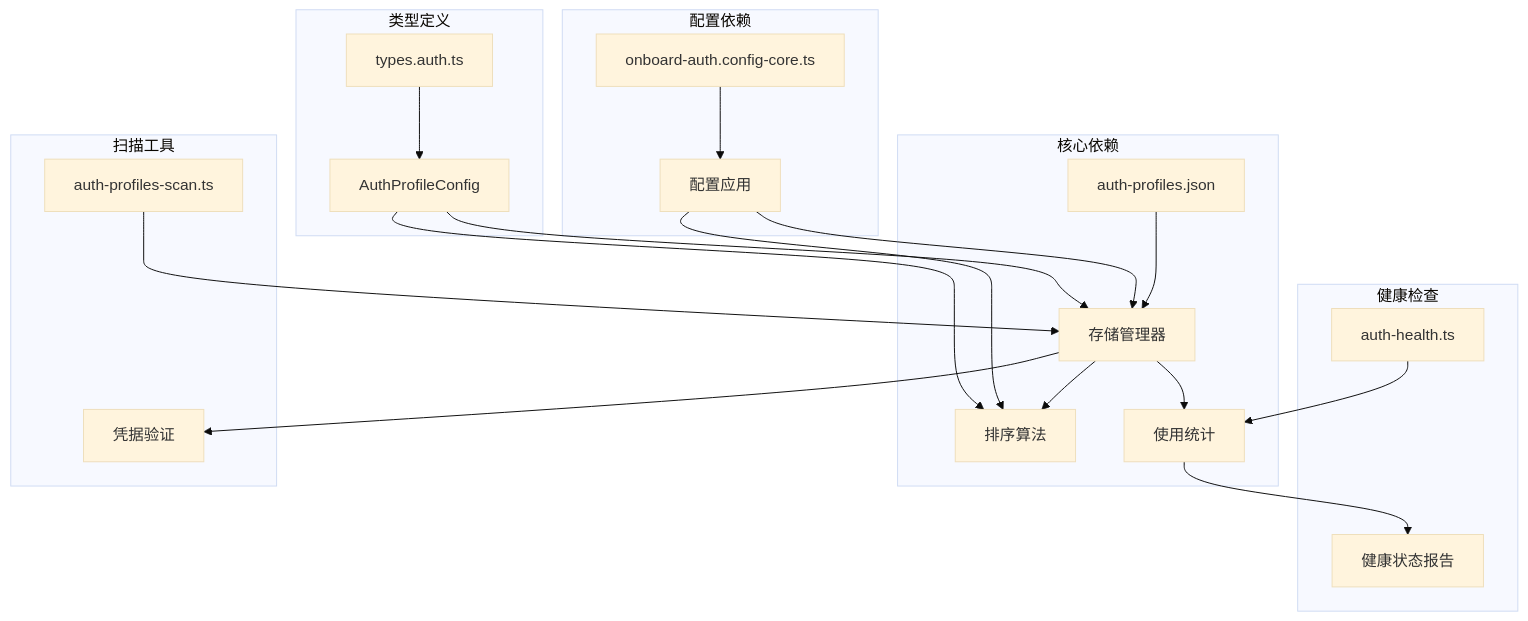
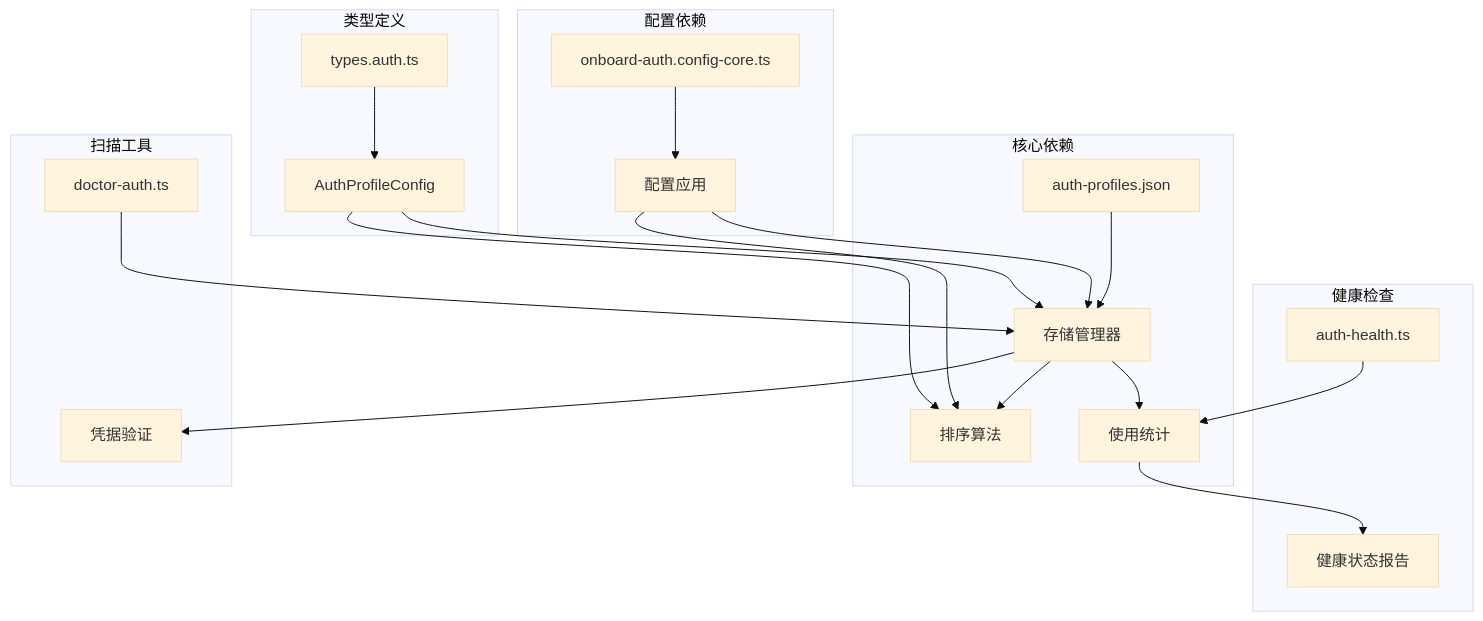
One commit to verse-ai-org/openclaw changed the ninth of 9 diagrams in .qoder/repowiki/zh/content/Temporary Authentication Profiles.md. Above: the diagram before and after it, drawn with Mermaid (base theme). The commit also changed other lines of this file and 23 other files, not shown here.

````diff
--- a/.qoder/repowiki/zh/content/Temporary Authentication Profiles.md
+++ b/.qoder/repowiki/zh/content/Temporary Authentication Profiles.md
@@ -331,26 +334,26 @@
 ```mermaid
 graph TB
 subgraph "核心依赖"
 A[auth-profiles.json] --> B[存储管理器]
 B --> C[排序算法]
 B --> D[使用统计]
 end
 subgraph "配置依赖"
 F[onboard-auth.config-core.ts] --> G[配置应用]
 G --> B
 G --> C
 end
 subgraph "类型定义"
 H[types.auth.ts] --> I[AuthProfileConfig]
 I --> B
 I --> C
 end
 subgraph "健康检查"
 J[auth-health.ts] --> D
 D --> K[健康状态报告]
 end
 subgraph "扫描工具"
-L[auth-profiles-scan.ts] --> B
+L[doctor-auth.ts] --> B
 B --> M[凭据验证]
 end
 ```
````
